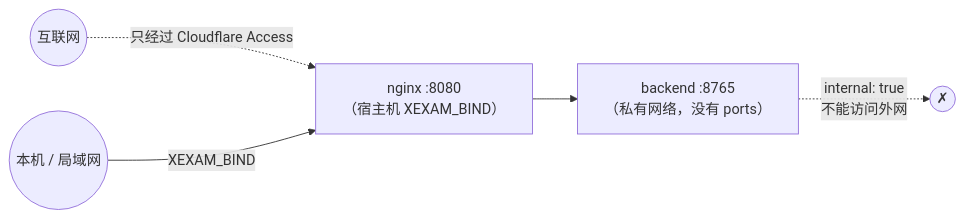
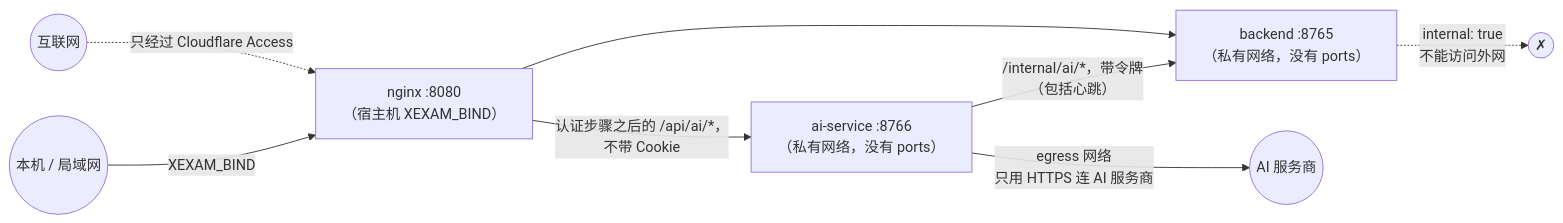
The diagram in docs/zh-CN/security.md (Yumin-Space/xexam), drawn with Mermaid before and after one commit. The commit also changed other lines of this file and 233 other files, not shown here.

````diff
--- a/docs/zh-CN/security.md
+++ b/docs/zh-CN/security.md
@@ -26,7 +29,10 @@
 ```mermaid
 flowchart LR
     I(("互联网")) -.->|"只经过 Cloudflare Access"| N["nginx :8080<br/>（宿主机 XEXAM_BIND）"]
     L(("本机 / 局域网")) -->|"XEXAM_BIND"| N
     N --> B["backend :8765<br/>（私有网络，没有 ports）"]
+    N -->|"认证步骤之后的 /api/ai/*，<br/>不带 Cookie"| A["ai-service :8766<br/>（私有网络，没有 ports）"]
+    A -->|"/internal/ai/*，带令牌<br/>（包括心跳）"| B
     B -. "internal: true<br/>不能访问外网" .-> X(("✗"))
+    A -->|"egress 网络<br/>只用 HTTPS 连 AI 服务商"| P(("AI 服务商"))
 ```
````
